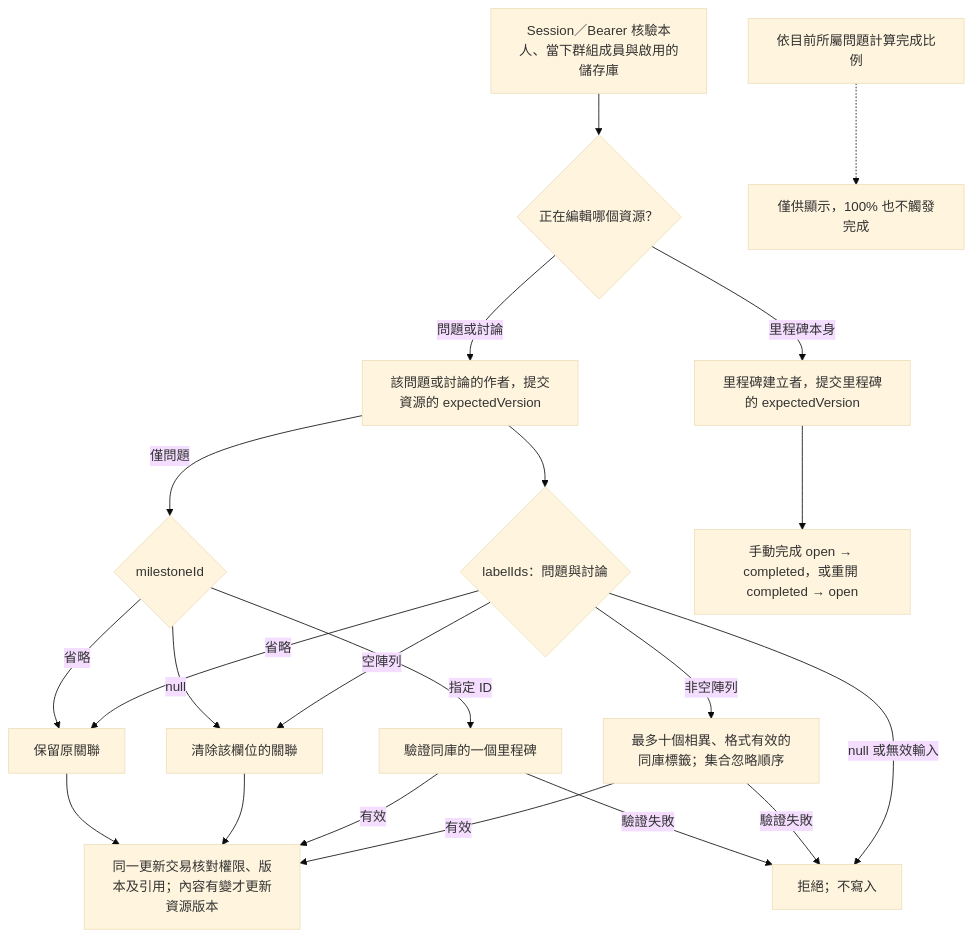
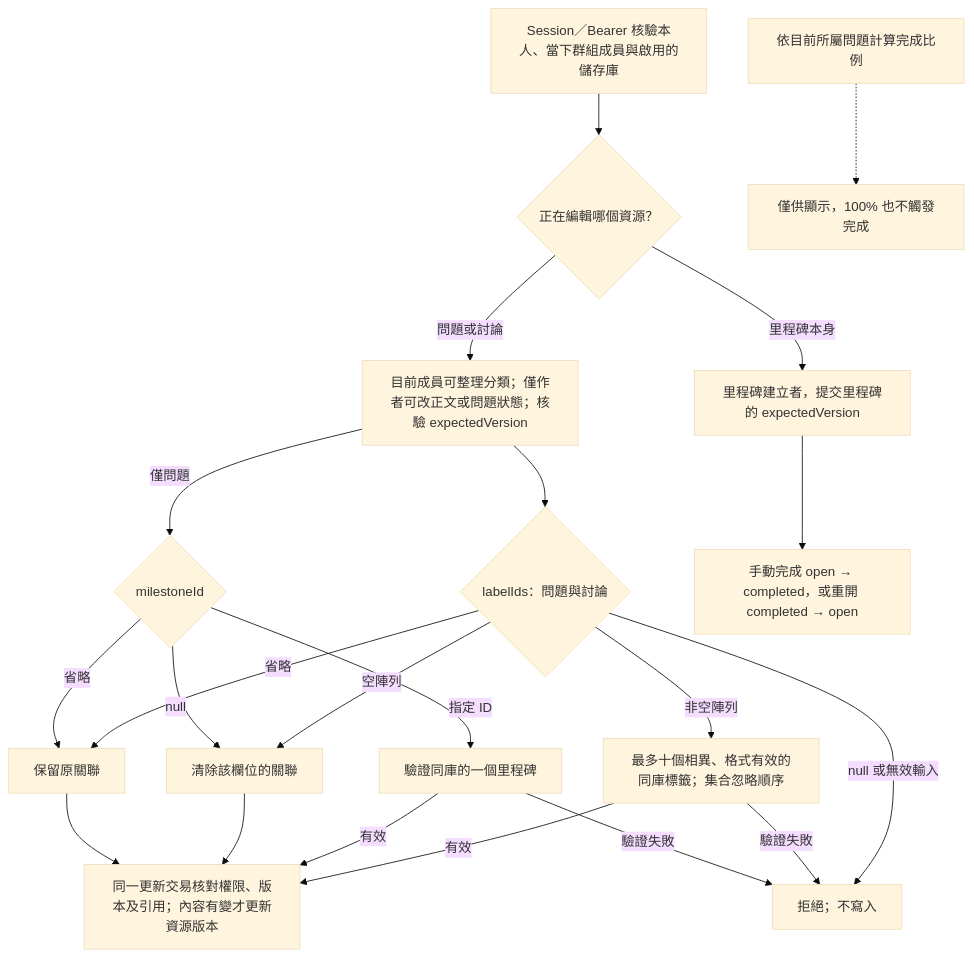
The diagram in docs/domains/repository/diagrams/resource-classification.mermaid (963sup/line-mini-app-bot), drawn with Mermaid (base theme) before and after one commit. The commit also changed 25 other files, not shown here.

```diff
--- a/docs/domains/repository/diagrams/resource-classification.mermaid
+++ b/docs/domains/repository/diagrams/resource-classification.mermaid
@@ -1,21 +1,21 @@
 flowchart TB
   actor["Session／Bearer 核驗本人、當下群組成員與啟用的儲存庫"] --> target{"正在編輯哪個資源？"}
-  target -->|問題或討論| edit["該問題或討論的作者，提交資源的 expectedVersion"]
+  target -->|問題或討論| edit["目前成員可整理分類；僅作者可改正文或問題狀態；核驗 expectedVersion"]
   edit --> labels{"labelIds：問題與討論"}
   edit -->|僅問題| milestone{"milestoneId"}
   labels -->|省略| keep["保留原關聯"]
   milestone -->|省略| keep
   labels -->|空陣列| clear["清除該欄位的關聯"]
   milestone -->|null| clear
   labels -->|非空陣列| many["最多十個相異、格式有效的同庫標籤；集合忽略順序"]
   labels -->|null 或無效輸入| refuse["拒絕；不寫入"]
   milestone -->|指定 ID| one["驗證同庫的一個里程碑"]
   many -->|驗證失敗| refuse
   one -->|驗證失敗| refuse
   many -->|有效| write["同一更新交易核對權限、版本及引用；內容有變才更新資源版本"]
   one -->|有效| write
   clear --> write
   keep --> write
   target -->|里程碑本身| own["里程碑建立者，提交里程碑的 expectedVersion"]
   own --> state["手動完成 open → completed，或重開 completed → open"]
   progress["依目前所屬問題計算完成比例"] -.-> display["僅供顯示，100% 也不觸發完成"]
```
